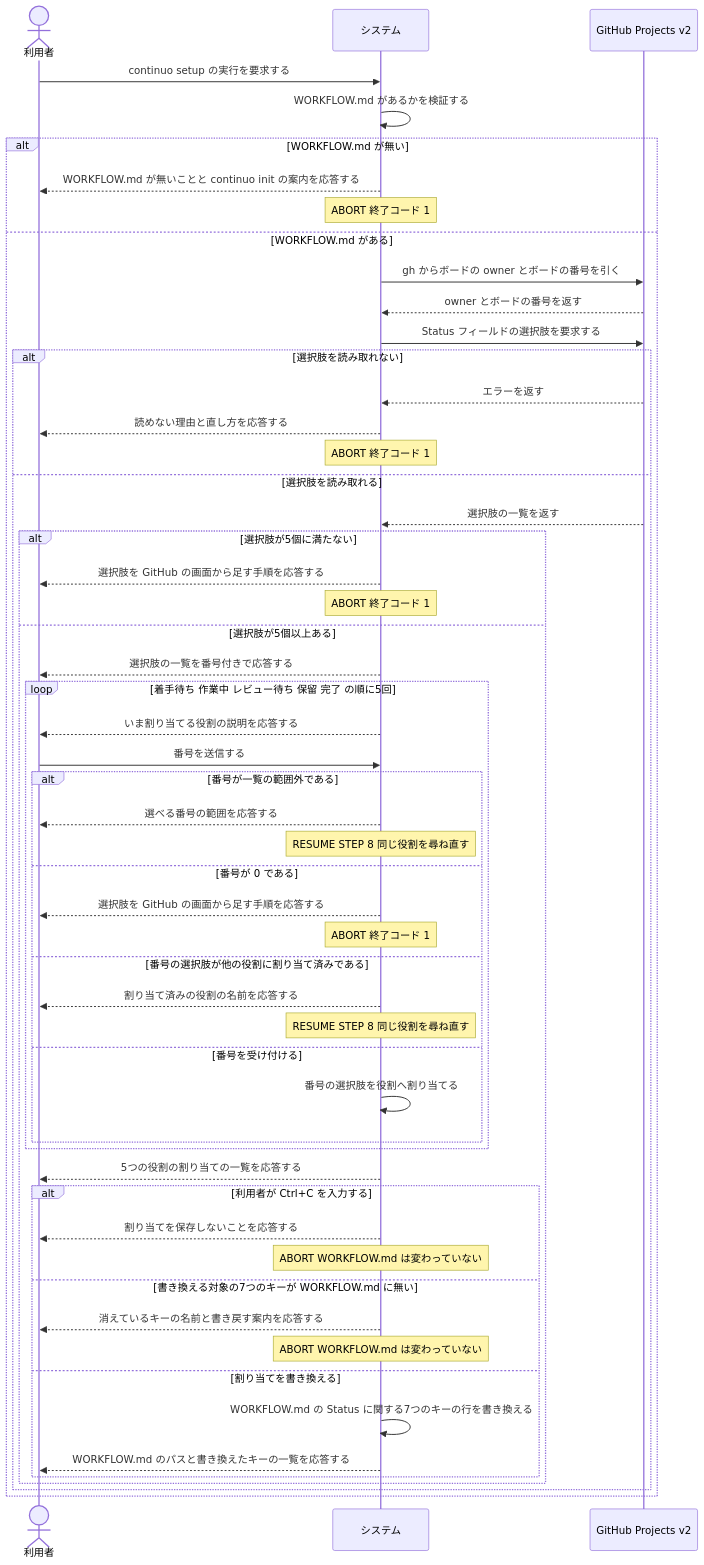
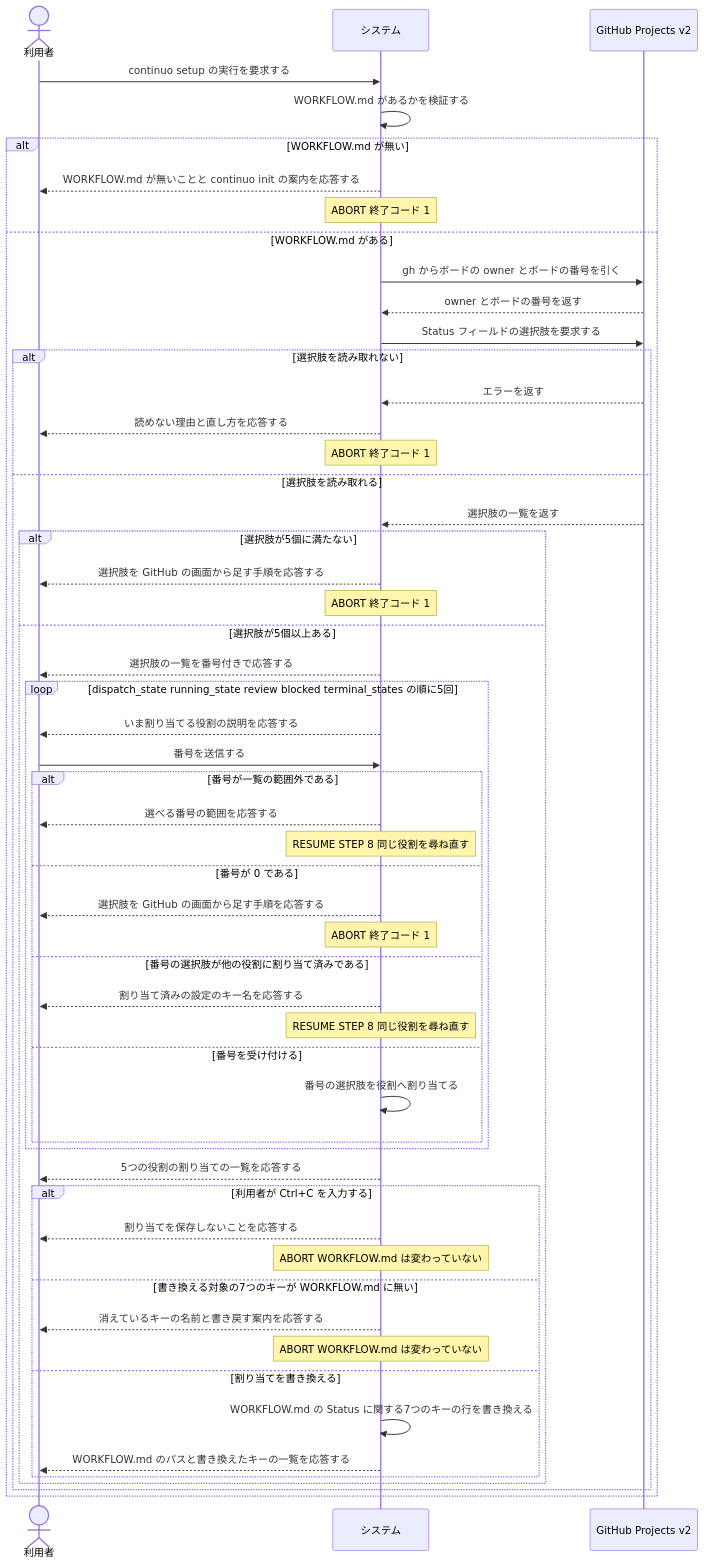
Before and after one commit to maimuzo/continuo: the second of 2 diagrams in docs/spec/usecases/particular_case/既存のボードの Status を割り当てる.rucm.md, drawn with Mermaid. The commit also changed other lines of this file and 45 other files, not shown here.

````diff
--- a/docs/spec/usecases/particular_case/既存のボードの Status を割り当てる.rucm.md
+++ b/docs/spec/usecases/particular_case/既存のボードの Status を割り当てる.rucm.md
@@ -254,57 +255,57 @@
 ```mermaid
 sequenceDiagram
     actor User as 利用者
     participant Sys as システム
     participant GH as GitHub Projects v2
 
     User->>Sys: continuo setup の実行を要求する
     Sys->>Sys: WORKFLOW.md があるかを検証する
     alt WORKFLOW.md が無い
         Sys-->>User: WORKFLOW.md が無いことと continuo init の案内を応答する
         Note over Sys: ABORT 終了コード 1
     else WORKFLOW.md がある
         Sys->>GH: gh からボードの owner とボードの番号を引く
         GH-->>Sys: owner とボードの番号を返す
         Sys->>GH: Status フィールドの選択肢を要求する
         alt 選択肢を読み取れない
             GH-->>Sys: エラーを返す
             Sys-->>User: 読めない理由と直し方を応答する
             Note over Sys: ABORT 終了コード 1
         else 選択肢を読み取れる
             GH-->>Sys: 選択肢の一覧を返す
             alt 選択肢が5個に満たない
                 Sys-->>User: 選択肢を GitHub の画面から足す手順を応答する
                 Note over Sys: ABORT 終了コード 1
             else 選択肢が5個以上ある
                 Sys-->>User: 選択肢の一覧を番号付きで応答する
-                loop 着手待ち 作業中 レビュー待ち 保留 完了 の順に5回
+                loop dispatch_state running_state review blocked terminal_states の順に5回
                     Sys-->>User: いま割り当てる役割の説明を応答する
                     User->>Sys: 番号を送信する
                     alt 番号が一覧の範囲外である
                         Sys-->>User: 選べる番号の範囲を応答する
                         Note over Sys: RESUME STEP 8 同じ役割を尋ね直す
                     else 番号が 0 である
                         Sys-->>User: 選択肢を GitHub の画面から足す手順を応答する
                         Note over Sys: ABORT 終了コード 1
                     else 番号の選択肢が他の役割に割り当て済みである
-                        Sys-->>User: 割り当て済みの役割の名前を応答する
+                        Sys-->>User: 割り当て済みの設定のキー名を応答する
                         Note over Sys: RESUME STEP 8 同じ役割を尋ね直す
                     else 番号を受け付ける
                         Sys->>Sys: 番号の選択肢を役割へ割り当てる
                     end
                 end
                 Sys-->>User: 5つの役割の割り当ての一覧を応答する
                 alt 利用者が Ctrl+C を入力する
                     Sys-->>User: 割り当てを保存しないことを応答する
                     Note over Sys: ABORT WORKFLOW.md は変わっていない
                 else 書き換える対象の7つのキーが WORKFLOW.md に無い
                     Sys-->>User: 消えているキーの名前と書き戻す案内を応答する
                     Note over Sys: ABORT WORKFLOW.md は変わっていない
                 else 割り当てを書き換える
                     Sys->>Sys: WORKFLOW.md の Status に関する7つのキーの行を書き換える
                     Sys-->>User: WORKFLOW.md のパスと書き換えたキーの一覧を応答する
                 end
             end
         end
     end
 ```
````
